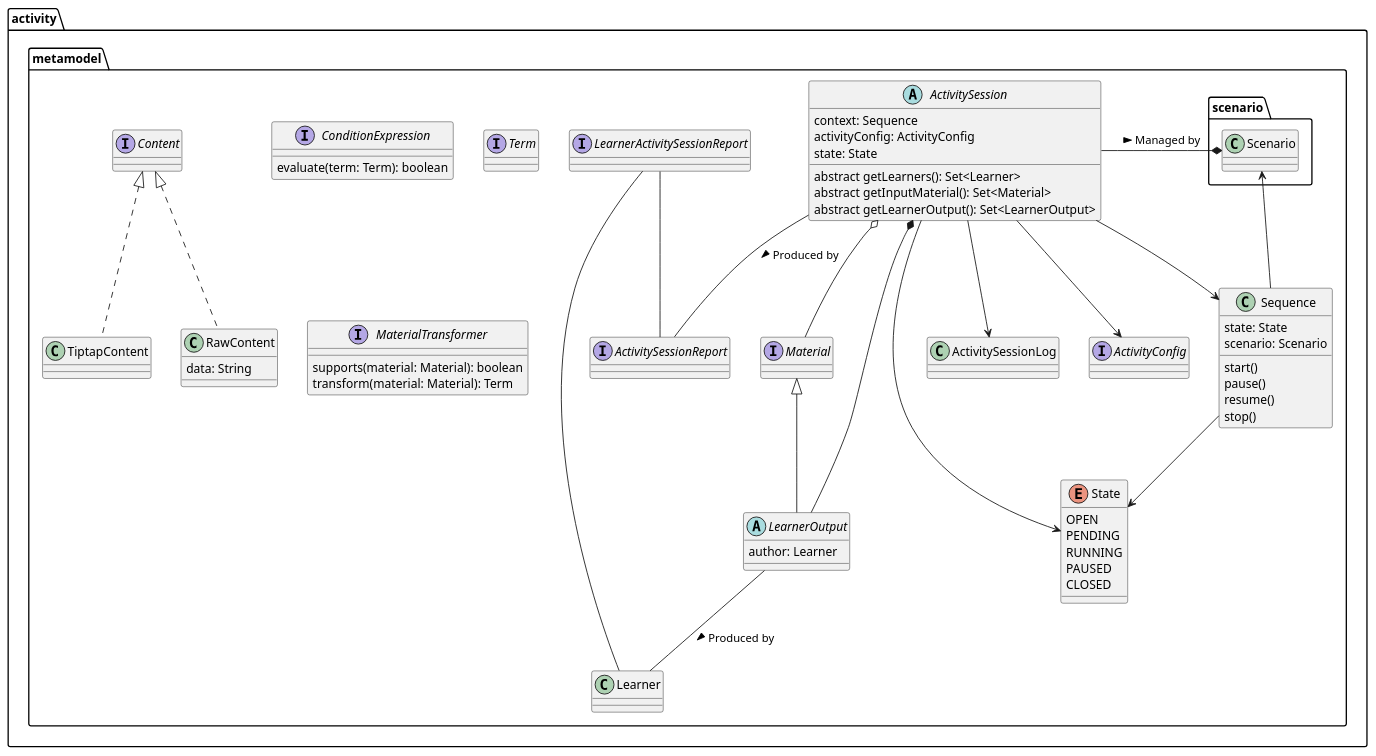
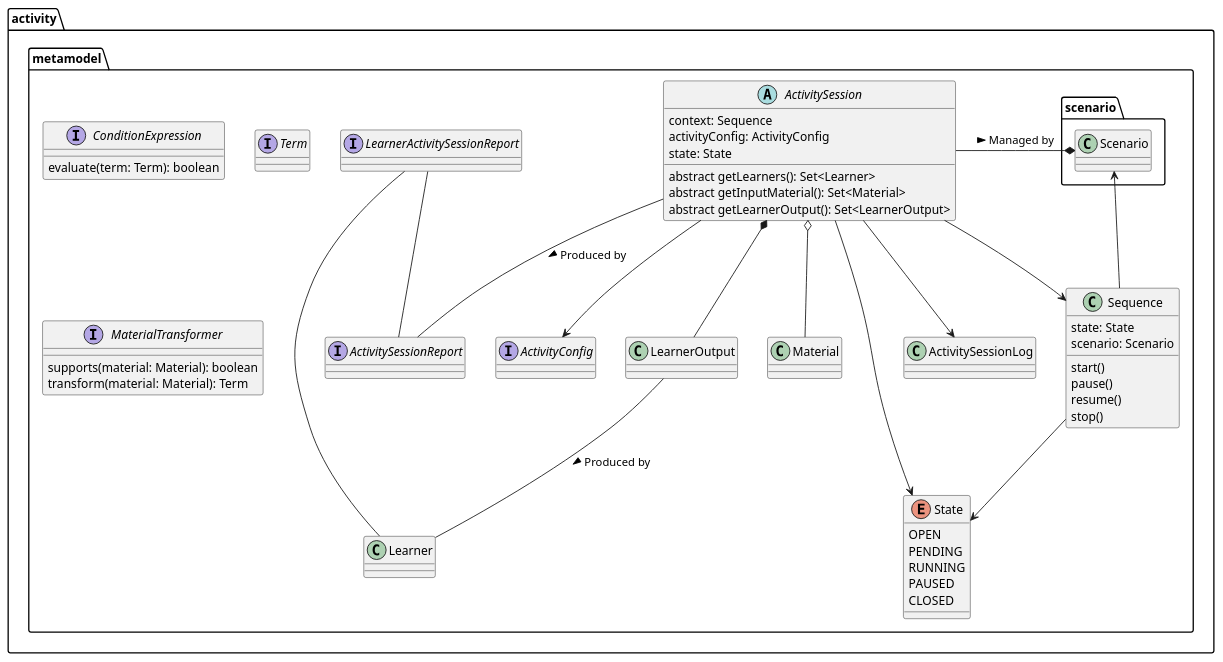
One commit to elaastic/ElaastiX changed the diagram in docs/technical/uml/activity-metamodel.puml. Above: the diagram before and after it, drawn with PlantUML. The commit also changed 20 other files, not shown here.

Commit message:
docs: refine UML model for the response activity and related mm concepts

```diff
--- a/docs/technical/uml/activity-metamodel.puml
+++ b/docs/technical/uml/activity-metamodel.puml
@@ -1,82 +1,68 @@
 @startuml
 'https://plantuml.com/class-diagram
 
 'TODO: cleanup, and move + adapt to new structure in ./metamodel/
 
 package activity.metamodel {
-    class  Sequence {
-        state: State
-        scenario: Scenario
-        start()
-        pause()
-        resume()
-        stop()
-    }
+	class Sequence {
+		state: State
+		scenario: Scenario
+		start()
+		pause()
+		resume()
+		stop()
+	}
 
-    enum State {
-        OPEN
-        PENDING
-        RUNNING
-        PAUSED
-        CLOSED
-    }
+	enum State {
+		OPEN
+		PENDING
+		RUNNING
+		PAUSED
+		CLOSED
+	}
 
-    Sequence --> State
-    Sequence --> scenario.Scenario
+	Sequence --> State
+	Sequence --> scenario.Scenario
 
-    Scenario *- ActivitySession : Managed by <
+	Scenario *- ActivitySession : Managed by <
 
-    abstract class ActivitySession {
-        context: Sequence
-        activityConfig: ActivityConfig
-        state: State
-        abstract getLearners(): Set<Learner>
-        abstract getInputMaterial(): Set<Material>
-        abstract getLearnerOutput(): Set<LearnerOutput>
-    }
+	abstract class ActivitySession {
+		context: Sequence
+		activityConfig: ActivityConfig
+		state: State
+		abstract getLearners(): Set<Learner>
+		abstract getInputMaterial(): Set<Material>
+		abstract getLearnerOutput(): Set<LearnerOutput>
+	}
 
-    class ActivitySessionLog
+	class ActivitySessionLog
 
-    ActivitySession --> Sequence
-    ActivitySession -- ActivitySessionReport : Produced by >
-    ActivitySession --> State
-    ActivitySession --> ActivitySessionLog
-    ActivitySession --> ActivityConfig
-    ActivitySession *-- LearnerOutput
-    ActivitySession o-- Material
+	ActivitySession --> Sequence
+	ActivitySession -- ActivitySessionReport : Produced by >
+	ActivitySession --> State
+	ActivitySession --> ActivitySessionLog
+	ActivitySession --> ActivityConfig
+	ActivitySession *-- LearnerOutput
+	ActivitySession o-- Material
 
-    interface ActivitySessionReport
-    interface LearnerActivitySessionReport
+	interface ActivitySessionReport
+	interface LearnerActivitySessionReport
 
-    LearnerActivitySessionReport -- Learner
-    LearnerActivitySessionReport -- ActivitySessionReport
+	LearnerActivitySessionReport -- Learner
+	LearnerActivitySessionReport -- ActivitySessionReport
 
-    interface ActivityConfig
+	interface ActivityConfig
 
-    interface Material
+	LearnerOutput -- Learner : Produced by >
 
-    abstract class LearnerOutput extends Material {
-        author: Learner
-    }
+	interface ConditionExpression {
+		evaluate(term: Term): boolean
+	}
 
-    LearnerOutput -- Learner : Produced by >
+	interface Term
 
-    interface ConditionExpression {
-        evaluate(term: Term): boolean
-    }
-
-    interface Term
-
-    interface MaterialTransformer {
-        supports(material: Material): boolean
-        transform(material: Material): Term
-    }
-
-
-    interface Content
-    class RawContent implements Content {
-        data: String
-    }
-
-    class TiptapContent implements Content
+	interface MaterialTransformer {
+		supports(material: Material): boolean
+		transform(material: Material): Term
+	}
 @enduml
```
